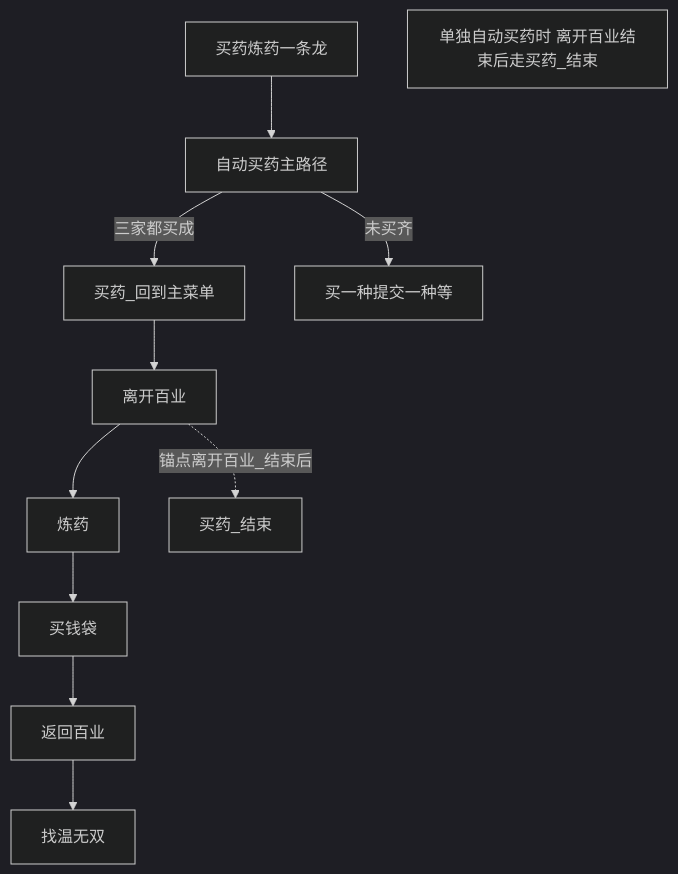
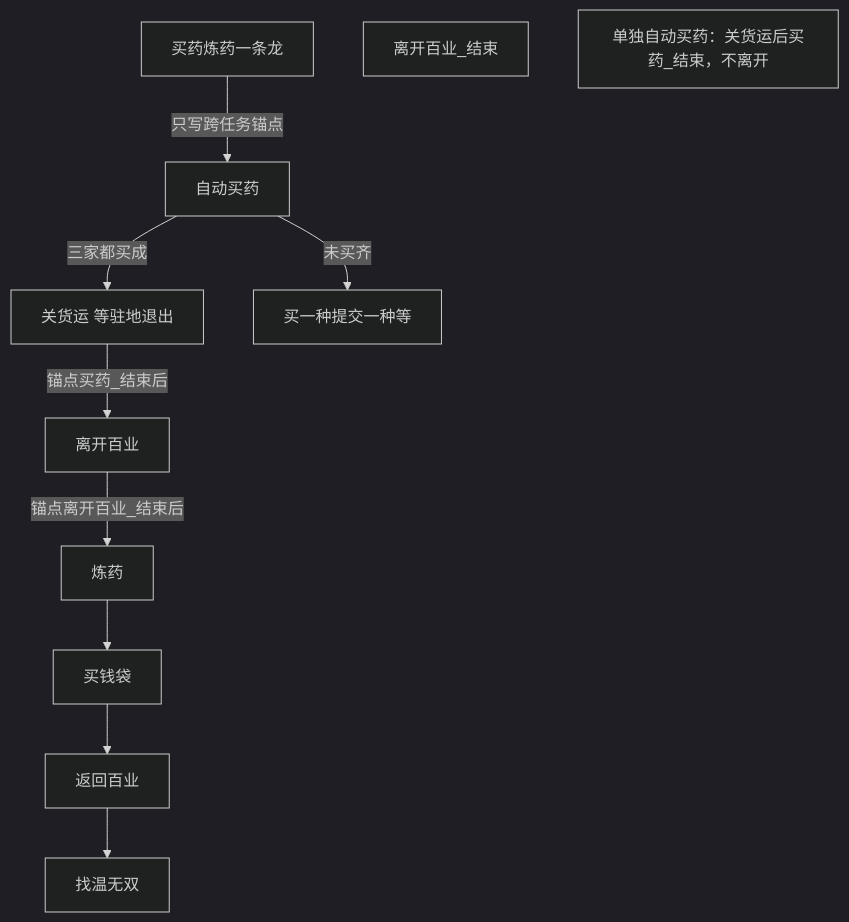
One commit to 82488059/MAAJN changed the diagram in docs/zh_cn/买药炼药一条龙.md. Above: the diagram before and after it, drawn with Mermaid (dark theme). The commit also changed other lines of this file and 18 other files, not shown here.

````diff
--- a/docs/zh_cn/买药炼药一条龙.md
+++ b/docs/zh_cn/买药炼药一条龙.md
@@ -19,18 +19,19 @@
 ```mermaid
 flowchart TD
   entry["买药炼药一条龙"]
-  buy["自动买药主路径"]
-  backMenu["买药_回到主菜单"]
+  buy["自动买药"]
+  backMenu["关货运 等驻地退出"]
   leave["离开百业"]
   alchemy["炼药"]
   money["买钱袋"]
   backBaiye["返回百业"]
   find["找温无双"]
-  doneBuy["买药_结束"]
+  leaveStop["离开百业_结束"]
   submit["买一种提交一种等"]
-  entry --> buy
-  buy -->|三家都买成| backMenu --> leave --> alchemy --> money --> backBaiye --> find
+  entry -->|"只写跨任务锚点"| buy
+  buy -->|三家都买成| backMenu
+  backMenu -->|"锚点买药_结束后"| leave
+  leave -->|"锚点离开百业_结束后"| alchemy --> money --> backBaiye --> find
   buy -->|未买齐| submit
-  note["单独自动买药时 离开百业结束后走买药_结束"]
-  leave -.->|锚点离开百业_结束后| doneBuy
+  note["单独自动买药：关货运后买药_结束，不离开"]
 ```
````
